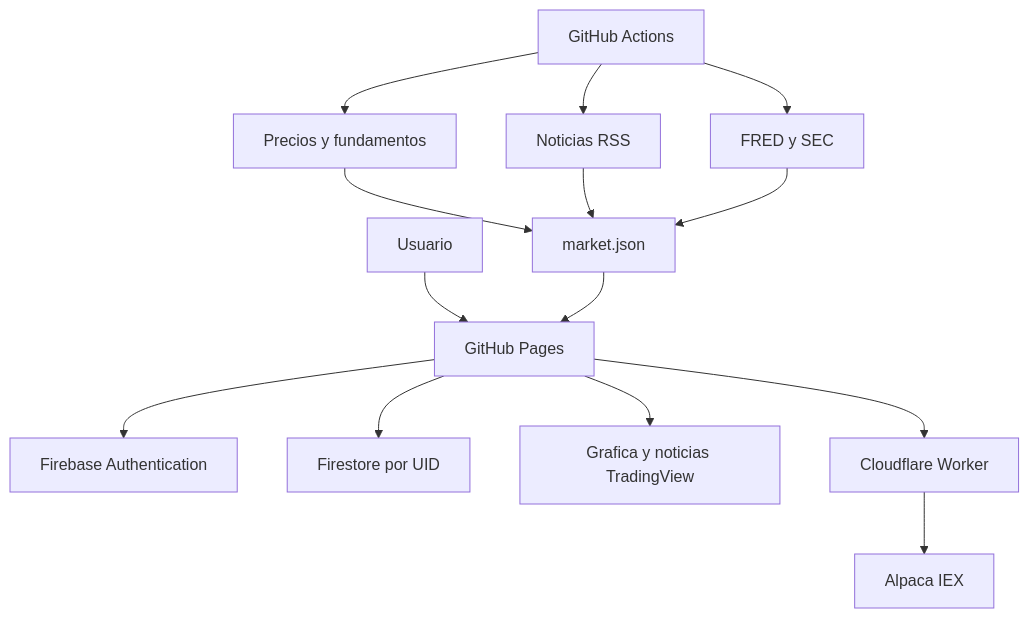
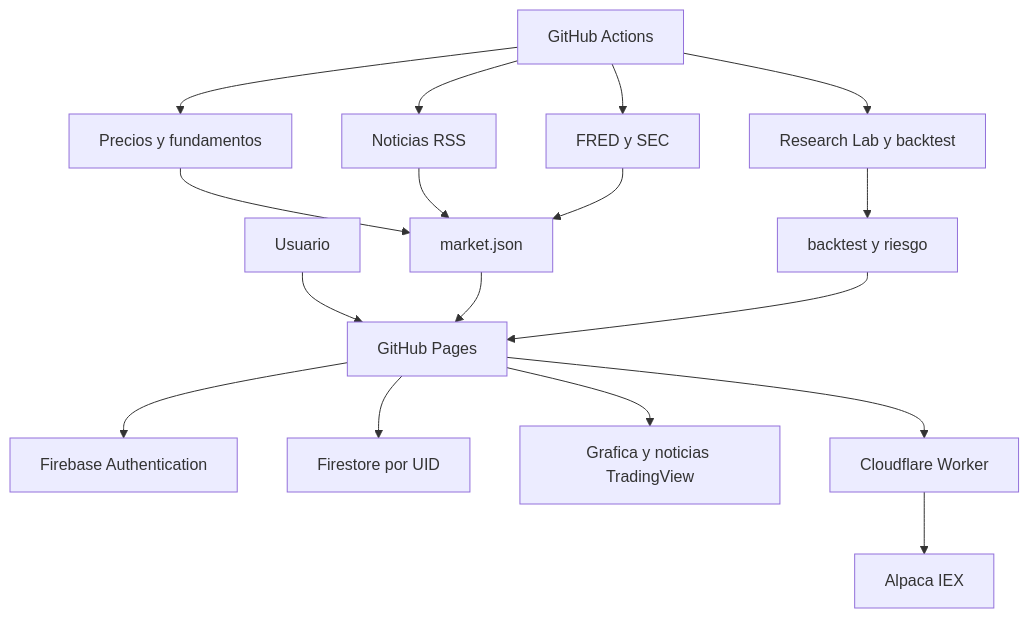
The diagram in README.md (Apepsis/InvestmenrResearch), drawn with Mermaid before and after one commit. The commit also changed other lines of this file and 43 other files, not shown here.

````diff
--- a/README.md
+++ b/README.md
@@ -33,16 +51,19 @@
 ```mermaid
 flowchart TD
   U[Usuario] --> P[GitHub Pages]
   P --> A[Firebase Authentication]
   P --> F[Firestore por UID]
   P --> T[Grafica y noticias TradingView]
   P --> C[Cloudflare Worker]
   C --> L[Alpaca IEX]
   G[GitHub Actions] --> Y[Precios y fundamentos]
   G --> N[Noticias RSS]
   G --> M[FRED y SEC]
+  G --> R[Research Lab y backtest]
   Y --> J[market.json]
   N --> J
   M --> J
+  R --> B[backtest y riesgo]
   J --> P
+  B --> P
 ```
````
